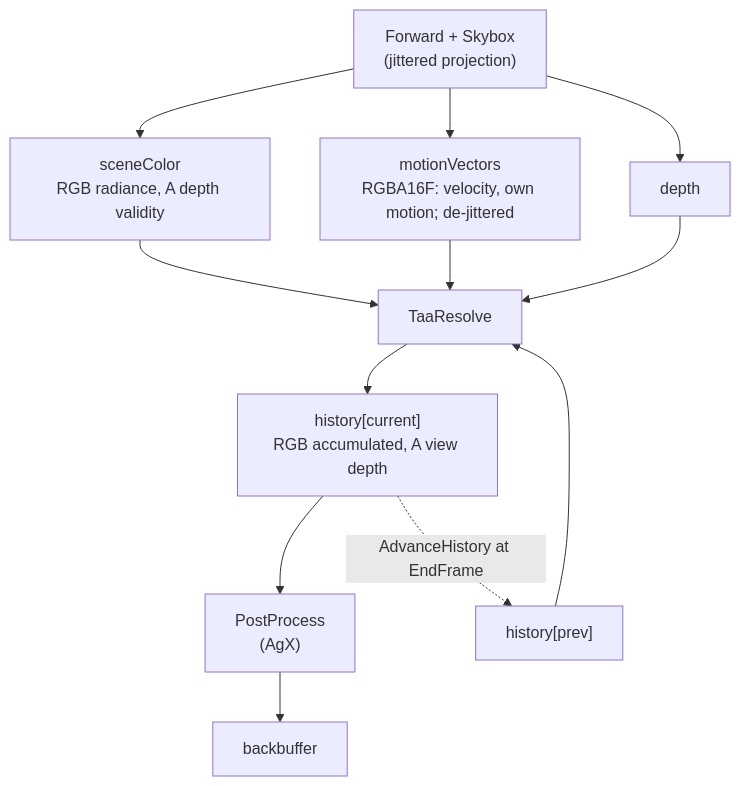
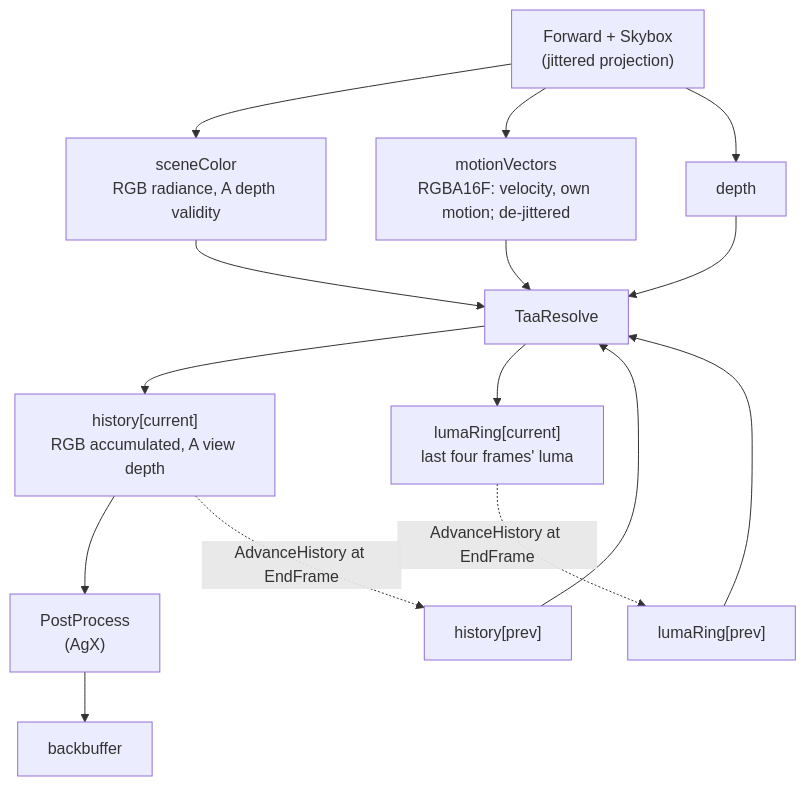
One commit to alexjiang200407/bernini changed the diagram in docs/taa.md. Above: the diagram before and after it, drawn with Mermaid. The commit also changed other lines of this file and 1 other file, not shown here.

Commit message:
docs: the TAA history's luma ring

````diff
--- a/docs/taa.md
+++ b/docs/taa.md
@@ -325,17 +325,20 @@
 ```mermaid
 flowchart TD
     FWD["Forward + Skybox<br/>(jittered projection)"] --> SC["sceneColor<br/>RGB radiance, A depth validity"]
     FWD --> MV["motionVectors<br/>RGBA16F: velocity, own motion; de-jittered"]
     FWD --> D["depth"]
 
     SC --> RES["TaaResolve"]
     MV --> RES
     D --> RES
     HPREV["history[prev]"] --> RES
     RES --> HCUR["history[current]<br/>RGB accumulated, A view depth"]
+    LPREV["lumaRing[prev]"] --> RES
+    RES --> LCUR["lumaRing[current]<br/>last four frames' luma"]
 
     HCUR --> PP["PostProcess<br/>(AgX)"]
     PP --> BB["backbuffer"]
 
     HCUR -. "AdvanceHistory at EndFrame" .-> HPREV
+    LCUR -. "AdvanceHistory at EndFrame" .-> LPREV
 ```
````
